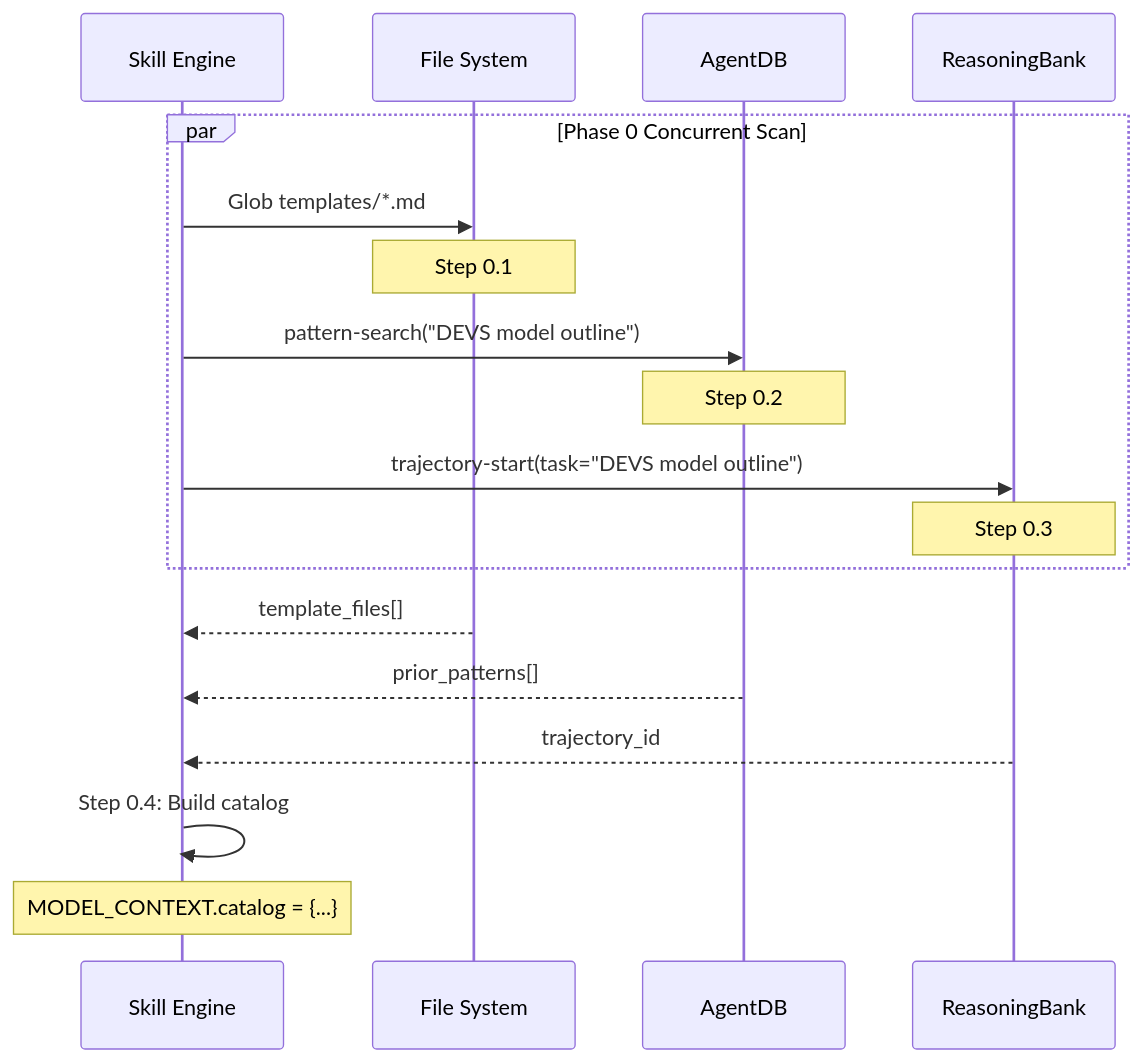
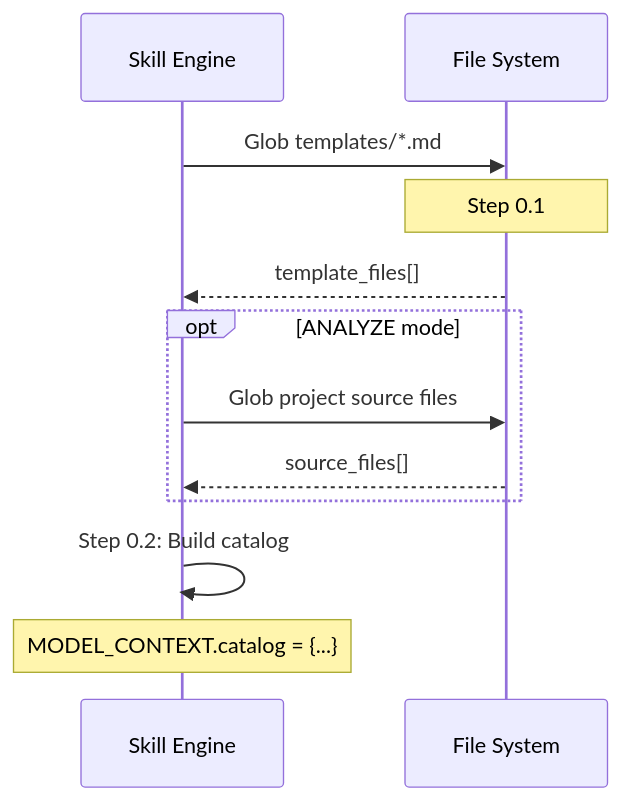
One commit to ckoertje-rtsync/devs-skills-claude changed the second of 8 diagrams in skills/devs-model-outline/SKILL.md. Above: the diagram before and after it, drawn with Mermaid. The commit also changed other lines of this file and 9 other files, not shown here.

First line of the commit message:
devs-model-outline: emit one self-contained spec per model and drop AgentDB hooks

````diff
--- a/skills/devs-model-outline/SKILL.md
+++ b/skills/devs-model-outline/SKILL.md
@@ -364,23 +347,17 @@
 ```mermaid
 sequenceDiagram
     participant S as Skill Engine
     participant FS as File System
-    participant ADB as AgentDB
-    participant RB as ReasoningBank
 
-    par Phase 0 Concurrent Scan
-        S->>FS: Glob templates/*.md
-        Note over FS: Step 0.1
-        S->>ADB: pattern-search("DEVS model outline")
-        Note over ADB: Step 0.2
-        S->>RB: trajectory-start(task="DEVS model outline")
-        Note over RB: Step 0.3
+    S->>FS: Glob templates/*.md
+    Note over FS: Step 0.1
+    FS-->>S: template_files[]
+
+    opt ANALYZE mode
+        S->>FS: Glob project source files
+        FS-->>S: source_files[]
     end
 
-    FS-->>S: template_files[]
-    ADB-->>S: prior_patterns[]
-    RB-->>S: trajectory_id
-
-    S->>S: Step 0.4: Build catalog
+    S->>S: Step 0.2: Build catalog
     Note over S: MODEL_CONTEXT.catalog = {...}
 ```
````
